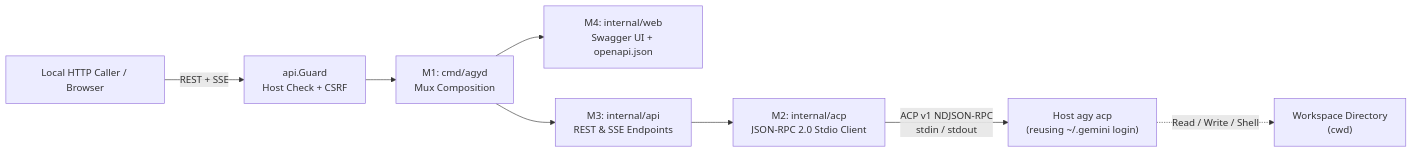
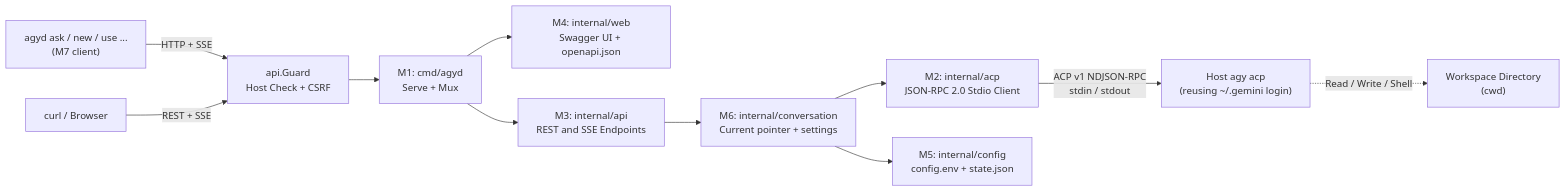
The first of 3 diagrams in SDD.md (kesokaj/agyd), drawn with Mermaid before and after one commit. The commit also changed other lines of this file and 19 other files, not shown here.

````diff
--- a/SDD.md
+++ b/SDD.md
@@ -10,10 +10,13 @@
 ```mermaid
 flowchart LR
-  Caller["Local HTTP Caller / Browser"] -->|"REST + SSE"| Guard["api.Guard\nHost Check + CSRF"]
-  Guard --> M1["M1: cmd/agyd\nMux Composition"]
+  CLI["agyd ask / new / use ...\n(M7 client)"] -->|"HTTP + SSE"| Guard
+  Caller["curl / Browser"] -->|"REST + SSE"| Guard["api.Guard\nHost Check + CSRF"]
+  Guard --> M1["M1: cmd/agyd\nServe + Mux"]
   M1 --> M4["M4: internal/web\nSwagger UI + openapi.json"]
-  M1 --> M3["M3: internal/api\nREST & SSE Endpoints"]
-  M3 --> M2["M2: internal/acp\nJSON-RPC 2.0 Stdio Client"]
+  M1 --> M3["M3: internal/api\nREST and SSE Endpoints"]
+  M3 --> M6["M6: internal/conversation\nCurrent pointer + settings"]
+  M6 --> M2["M2: internal/acp\nJSON-RPC 2.0 Stdio Client"]
+  M6 --> M5["M5: internal/config\nconfig.env + state.json"]
   M2 -->|"ACP v1 NDJSON-RPC\nstdin / stdout"| Agy["Host agy acp\n(reusing ~/.gemini login)"]
   Agy -.->|"Read / Write / Shell"| Workspace["Workspace Directory\n(cwd)"]
 ```
````
